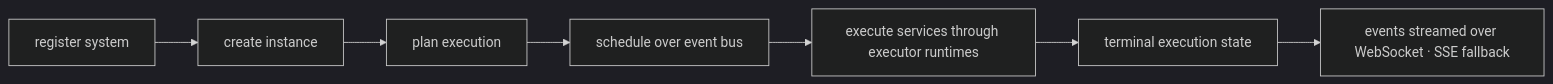
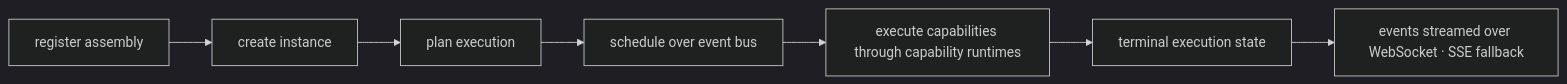
Before and after one commit to neuron-runtime/neuron: the seventh of 7 diagrams in docs/ARCHITECTURE.md, drawn with Mermaid (dark theme). The commit also changed other lines of this file and 119 other files, not shown here.

````diff
--- a/docs/ARCHITECTURE.md
+++ b/docs/ARCHITECTURE.md
@@ -314,9 +314,9 @@
 ```mermaid
 flowchart LR
-    A[register system] --> B[create instance]
+    A[register assembly] --> B[create instance]
     B --> C[plan execution]
     C --> D[schedule over event bus]
-    D --> E[execute services through executor runtimes]
+    D --> E[execute capabilities through capability runtimes]
     E --> F[terminal execution state]
     F --> G[events streamed over WebSocket · SSE fallback]
 ```
````
